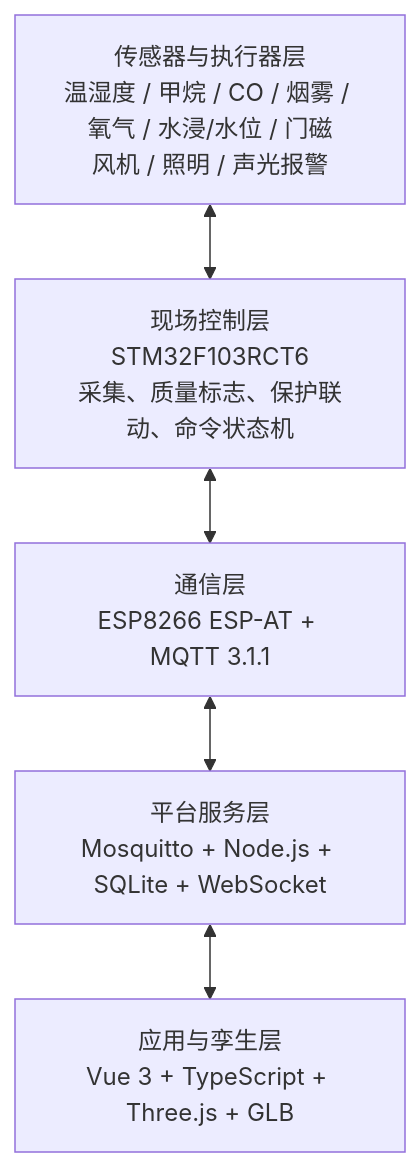
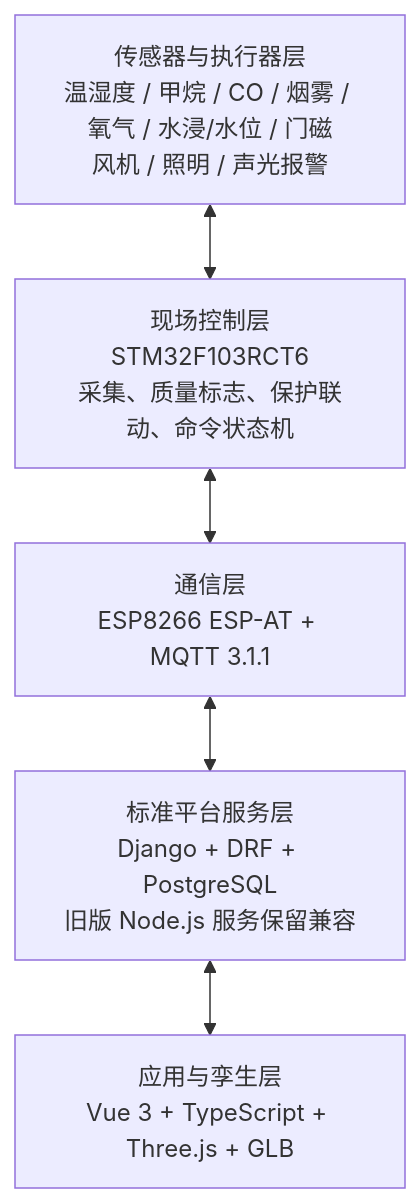
One commit to x1ng-chen/utility-tunnel-digital-twin changed the second of 2 diagrams in README.md. Above: the diagram before and after it, drawn with Mermaid. The commit also changed other lines of this file and 13 other files, not shown here.

````diff
--- a/README.md
+++ b/README.md
@@ -105,13 +105,13 @@
 ```mermaid
 flowchart TB
     S[传感器与执行器层<br/>温湿度 / 甲烷 / CO / 烟雾 / 氧气 / 水浸/水位 / 门磁<br/>风机 / 照明 / 声光报警]
     C[现场控制层<br/>STM32F103RCT6<br/>采集、质量标志、保护联动、命令状态机]
     G[通信层<br/>ESP8266 ESP-AT + MQTT 3.1.1]
-    P[平台服务层<br/>Mosquitto + Node.js + SQLite + WebSocket]
+    P[标准平台服务层<br/>Django + DRF + PostgreSQL<br/>旧版 Node.js 服务保留兼容]
     W[应用与孪生层<br/>Vue 3 + TypeScript + Three.js + GLB]
 
     S <--> C
     C <--> G
     G <--> P
     P <--> W
 ```
````
